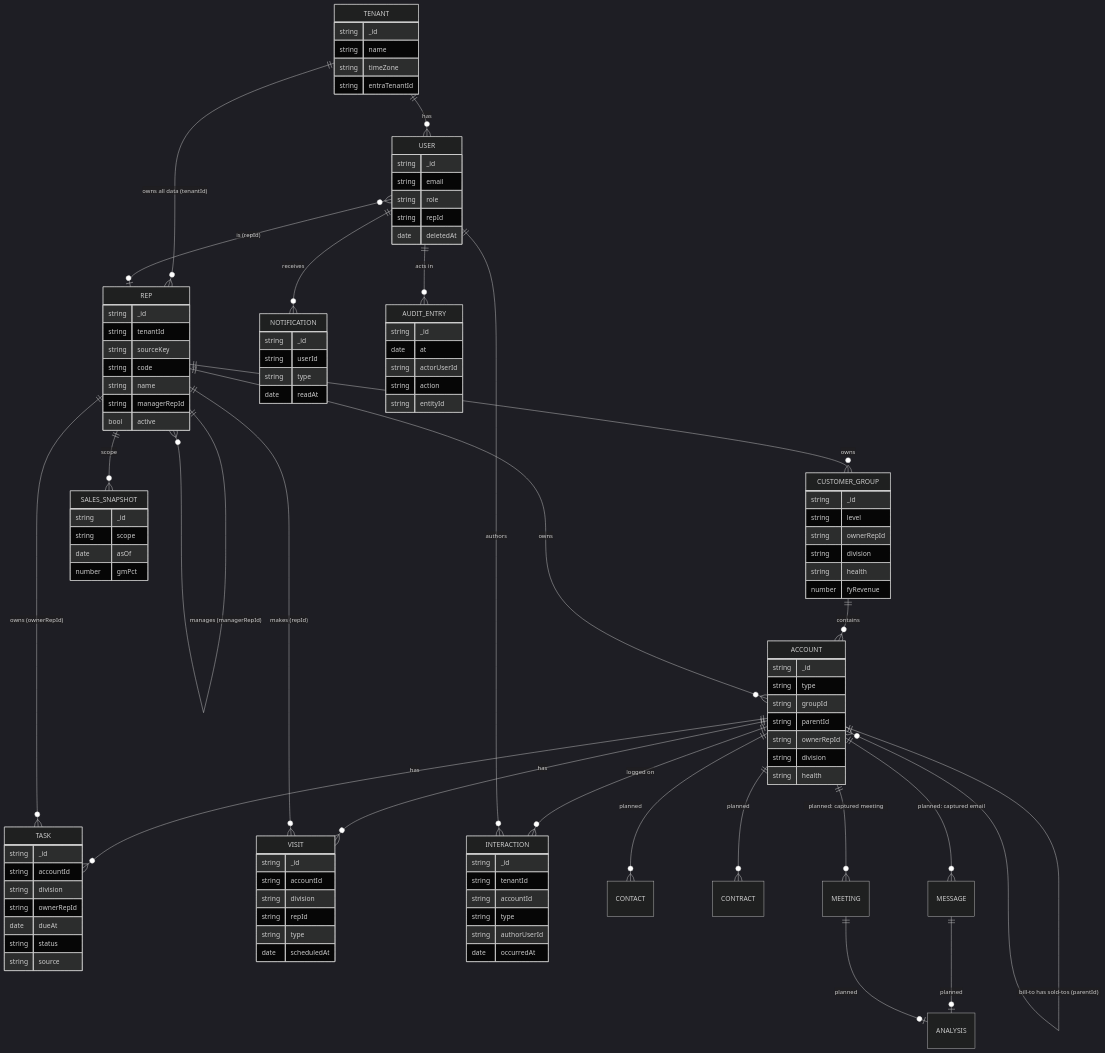
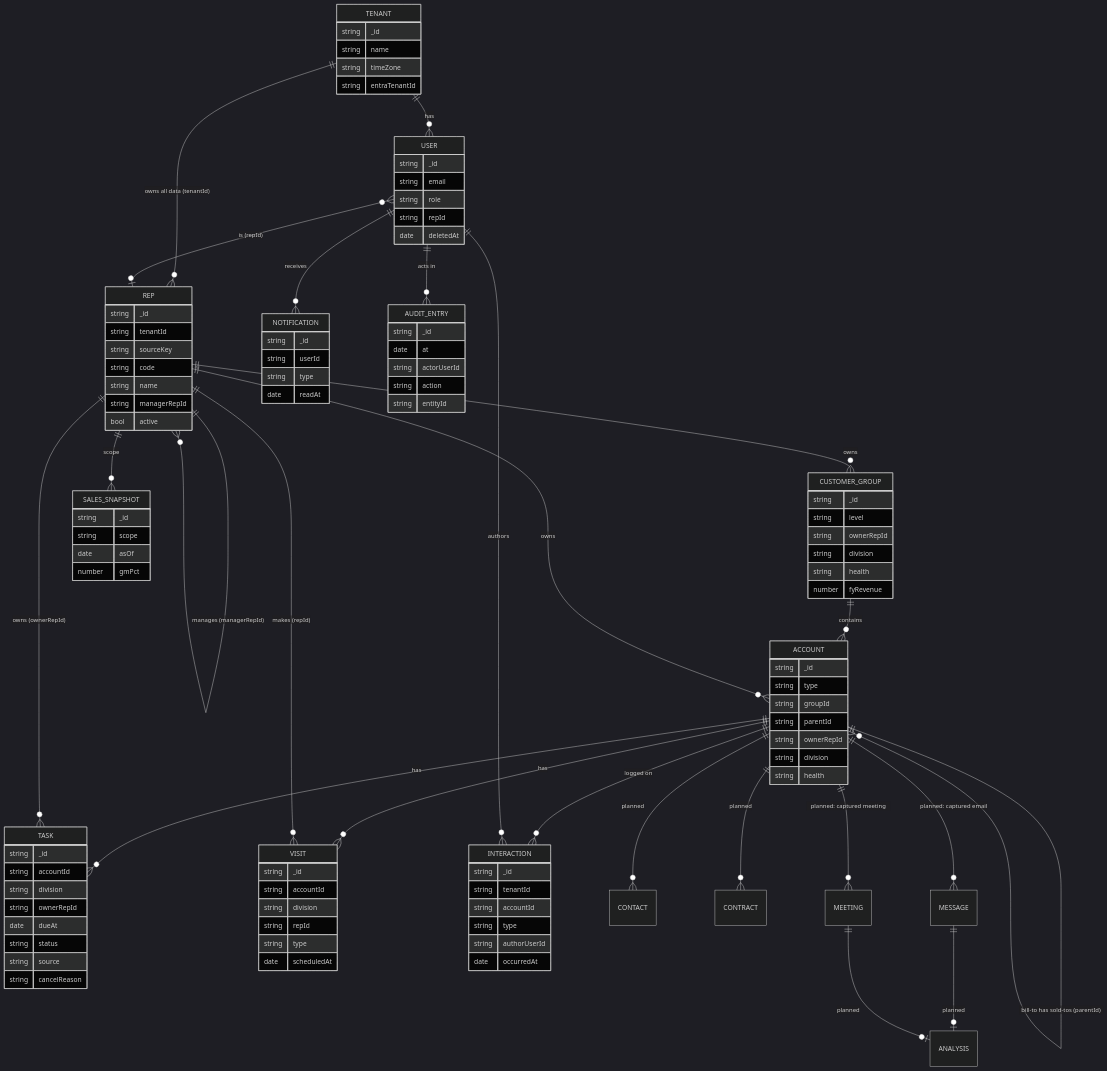
One commit to sonishivam1/ambient-crm changed the diagram in docs/architecture/data-model.md. Above: the diagram before and after it, drawn with Mermaid (dark theme). The commit also changed 13 other files, not shown here.

```diff
--- a/docs/architecture/data-model.md
+++ b/docs/architecture/data-model.md
@@ -94,6 +94,7 @@
     date dueAt
     string status
     string source
+    string cancelReason
   }
   VISIT {
     string _id
```
